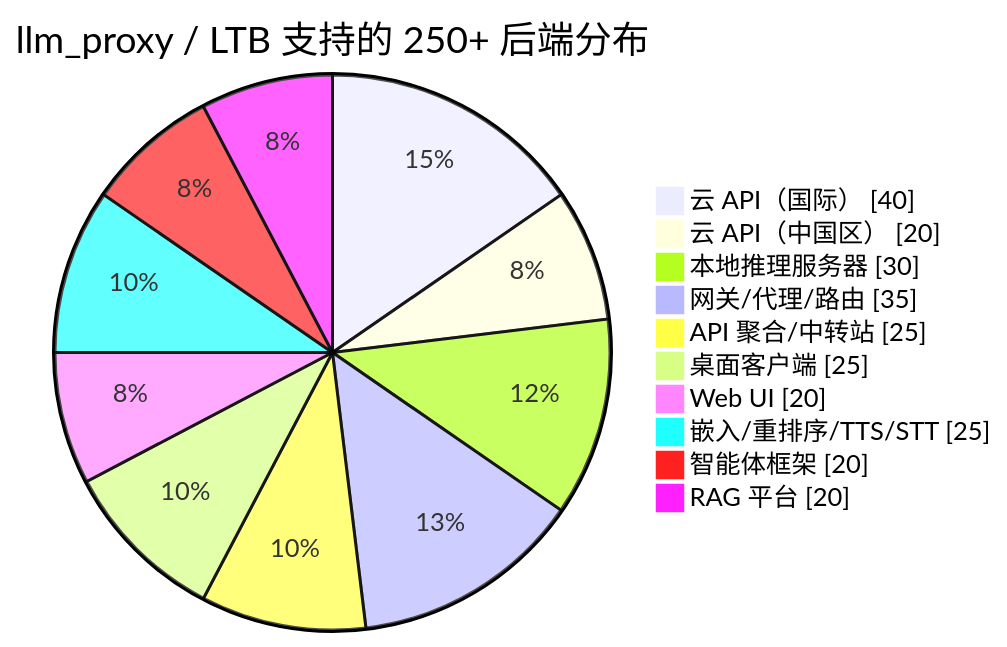
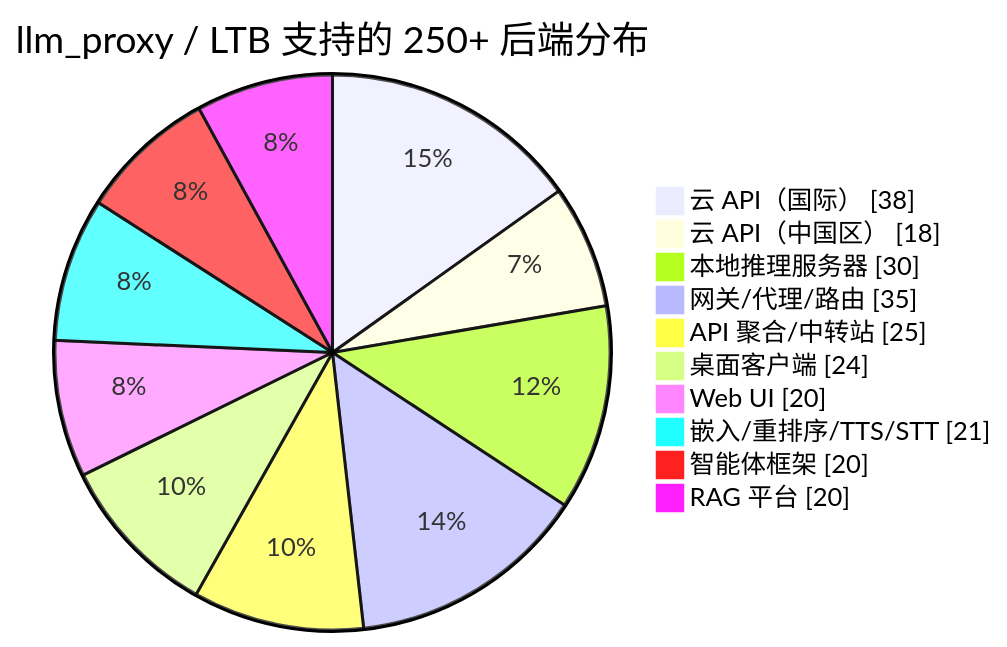
One commit to PassByYou888/LingoFuse-pasAgent-v3 changed the second of 2 diagrams in src/LingoFuse_LLM_Proxy_Compatibility_Guide.md. Above: the diagram before and after it, drawn with Mermaid. The commit also changed other lines of this file, not shown here.

````diff
--- a/src/LingoFuse_LLM_Proxy_Compatibility_Guide.md
+++ b/src/LingoFuse_LLM_Proxy_Compatibility_Guide.md
@@ -472,14 +508,14 @@
 ```mermaid
 pie showData
     title llm_proxy / LTB 支持的 250+ 后端分布
-    "云 API（国际）" : 40
-    "云 API（中国区）" : 20
+    "云 API（国际）" : 38
+    "云 API（中国区）" : 18
     "本地推理服务器" : 30
     "网关/代理/路由" : 35
     "API 聚合/中转站" : 25
-    "桌面客户端" : 25
+    "桌面客户端" : 24
     "Web UI" : 20
-    "嵌入/重排序/TTS/STT" : 25
+    "嵌入/重排序/TTS/STT" : 21
     "智能体框架" : 20
     "RAG 平台" : 20
 ```
````
